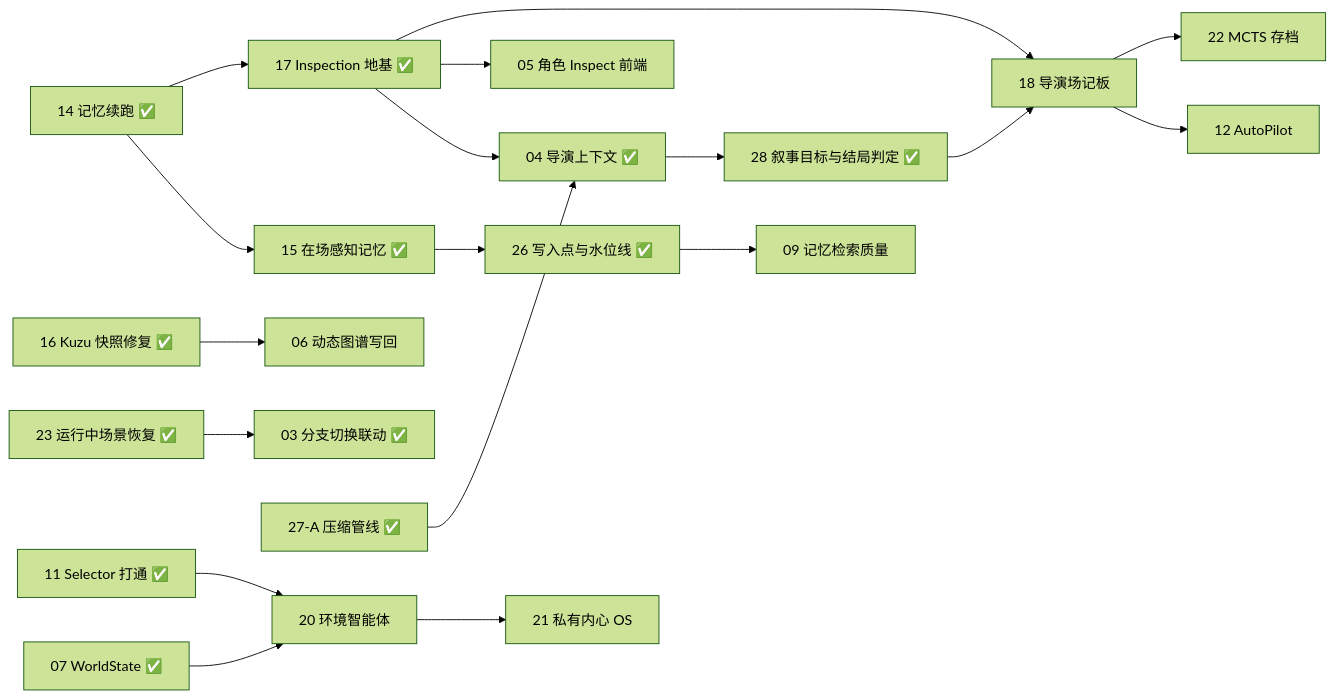
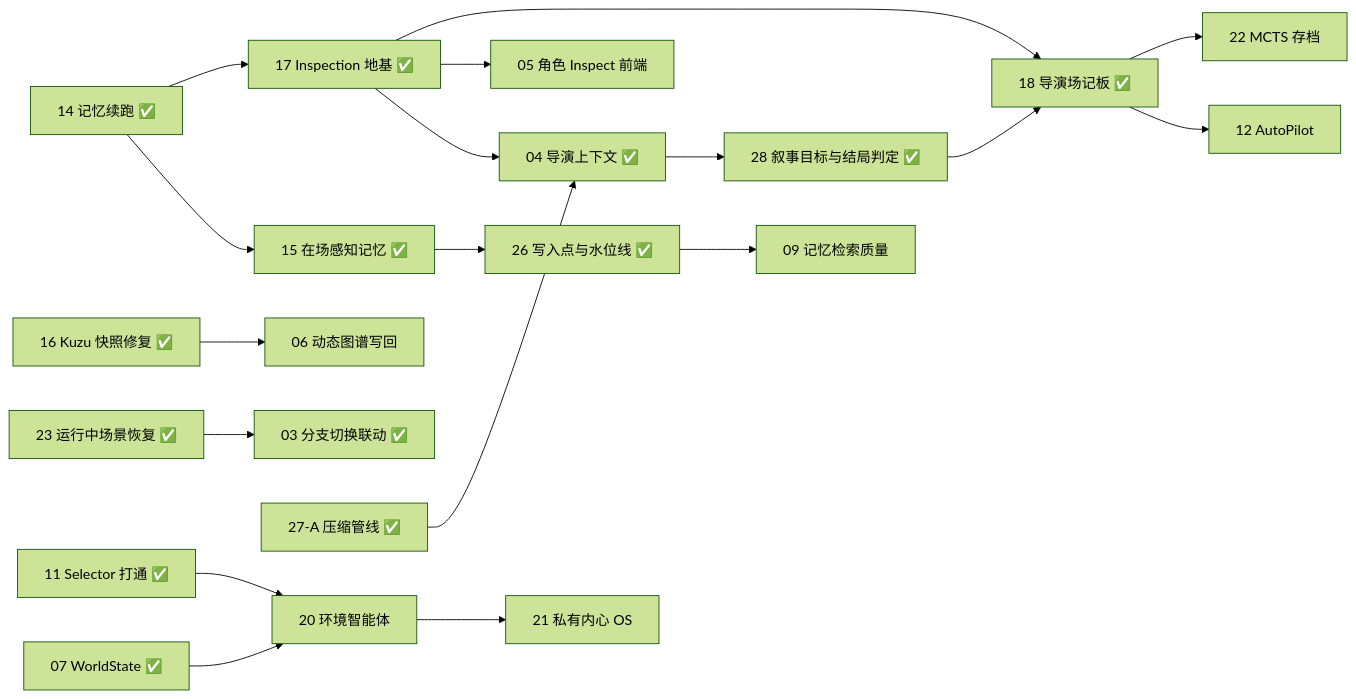
The diagram in docs/fix-tickets/README.md (YuanPeixi/PlotSystem2), drawn with Mermaid (forest theme) before and after one commit. The commit also changed other lines of this file and 1 other file, not shown here.

````diff
--- a/docs/fix-tickets/README.md
+++ b/docs/fix-tickets/README.md
@@ -92,20 +92,20 @@
 ```mermaid
 graph LR
   T14[14 记忆续跑 ✅] --> T15[15 在场感知记忆 ✅]
   T14 --> T17[17 Inspection 地基 ✅]
   T15 --> T26[26 写入点与水位线 ✅]
   T26 --> T09[09 记忆检索质量]
   T16[16 Kuzu 快照修复 ✅] --> T06[06 动态图谱写回]
   T23[23 运行中场景恢复 ✅] --> T03[03 分支切换联动 ✅]
   T17 --> T04[04 导演上下文 ✅]
   T27[27-A 压缩管线 ✅] --> T04
   T04 --> T28[28 叙事目标与结局判定 ✅]
-  T28 --> T18[18 导演场记板]
+  T28 --> T18[18 导演场记板 ✅]
   T17 --> T05[05 角色 Inspect 前端]
   T17 --> T18
   T18 --> T12[12 AutoPilot]
   T18 --> T22[22 MCTS 存档]
   T07[07 WorldState ✅] --> T20[20 环境智能体]
   T11[11 Selector 打通 ✅] --> T20
   T20 --> T21[21 私有内心 OS]
 ```
````
